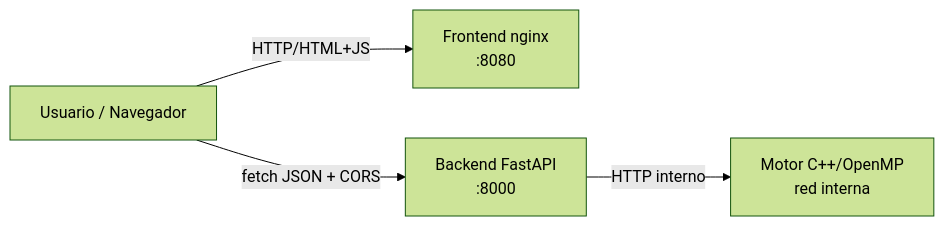
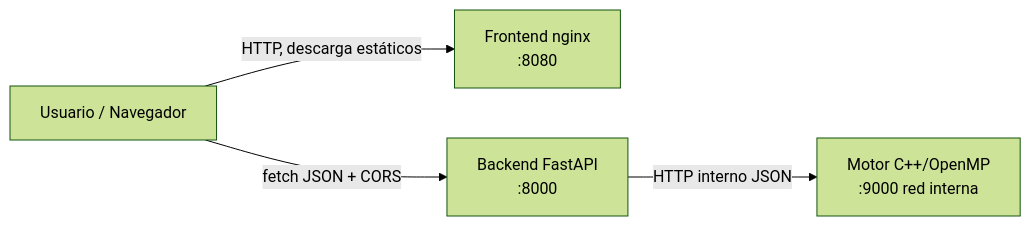
The first of 2 diagrams in docs/01-arquitectura.md (BigBelial/Paralelas-AI-Final), drawn with Mermaid (forest theme) before and after one commit. The commit also changed other lines of this file and 21 other files, not shown here.

````diff
--- a/docs/01-arquitectura.md
+++ b/docs/01-arquitectura.md
@@ -15,6 +26,6 @@
 ```mermaid
 flowchart LR
-    user[Usuario / Navegador] -->|HTTP/HTML+JS| front[Frontend nginx<br/>:8080]
+    user[Usuario / Navegador] -->|HTTP, descarga estáticos| front[Frontend nginx<br/>:8080]
     user -->|fetch JSON + CORS| api[Backend FastAPI<br/>:8000]
-    api -->|HTTP interno| motor[Motor C++/OpenMP<br/>red interna]
+    api -->|HTTP interno JSON| motor[Motor C++/OpenMP<br/>:9000 red interna]
 ```
````
